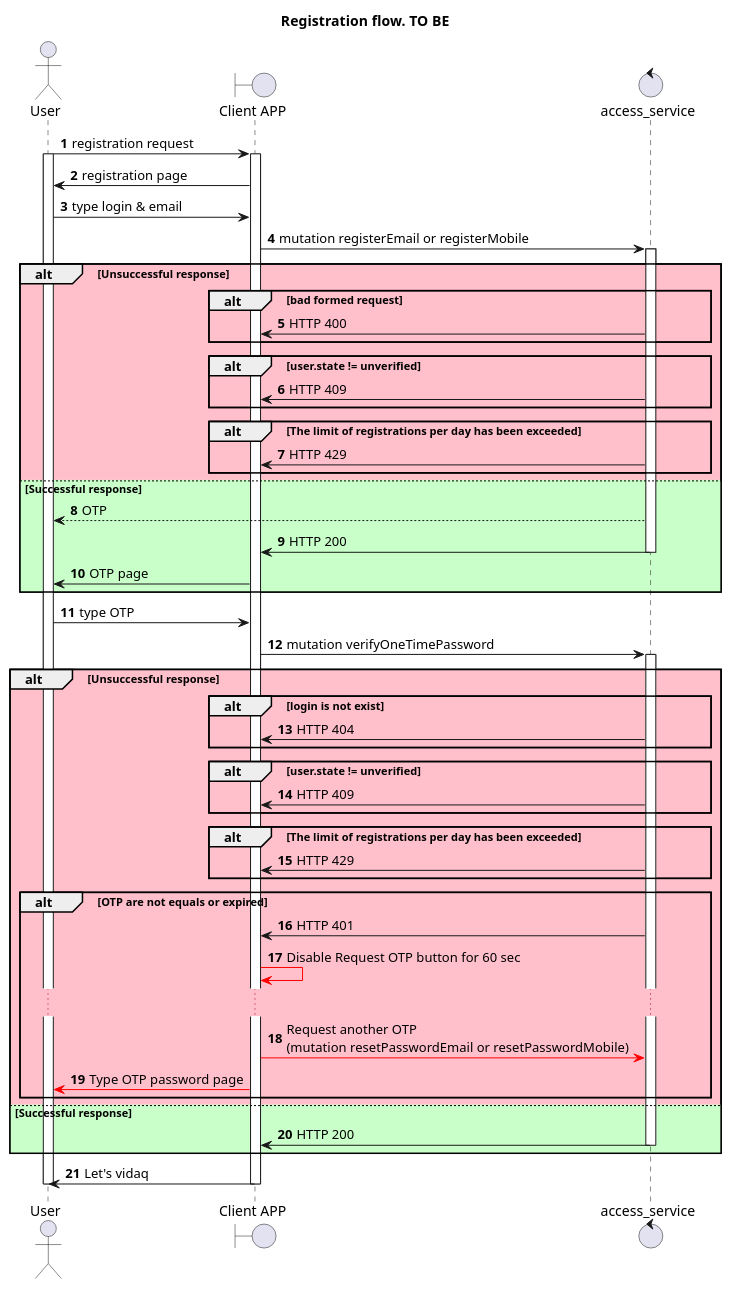
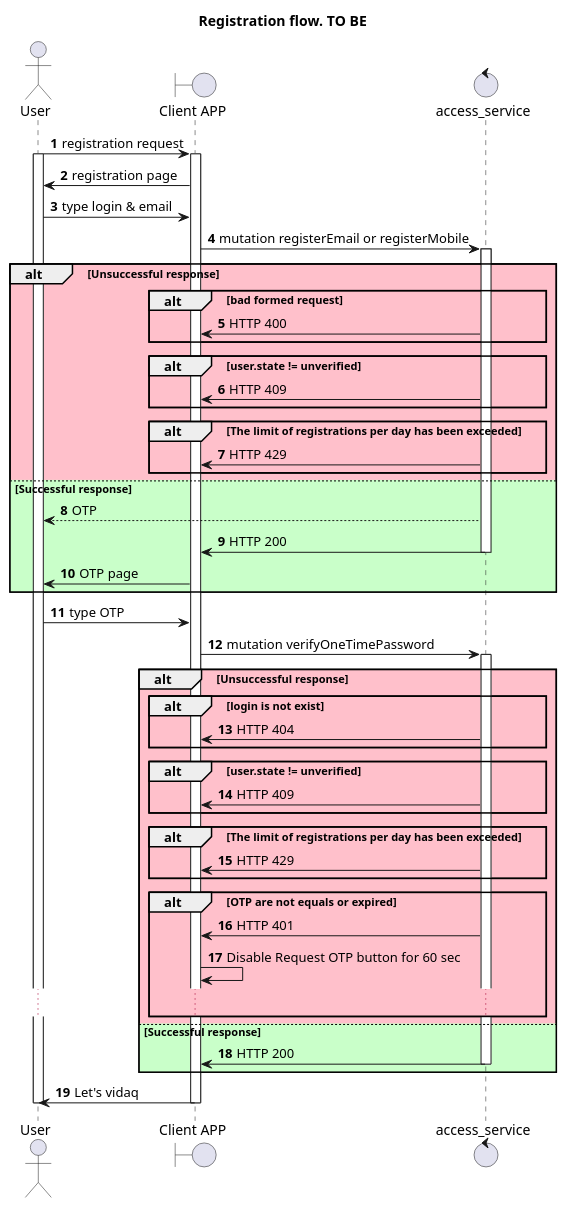
The diagram in schemas/registration_flow_to_be.puml (algruwork/work), drawn with PlantUML before and after one commit. The commit also changed 1 other file, not shown here.

Commit message:
unify verifyOneTimePassword flow

```diff
--- a/schemas/registration_flow_to_be.puml
+++ b/schemas/registration_flow_to_be.puml
@@ -1,77 +1,75 @@
 @startuml
 
 title "Registration flow. TO BE"
 
 actor User as U
 boundary "Client APP" as GUI
 control "access_service" as AC
 
 autonumber
 
 U -> GUI: registration request
 activate U
 activate GUI
 GUI -> U: registration page
 U -> GUI: type login & email
 GUI -> AC: mutation registerEmail or registerMobile
 activate AC
 
 
 alt #Pink Unsuccessful response
 
 alt #Pink bad formed request
 AC -> GUI: HTTP 400
 end
 
 alt #Pink user.state != unverified
 AC -> GUI: HTTP 409
 end
 
 alt #Pink The limit of registrations per day has been exceeded
 AC -> GUI: HTTP 429
 end
 
 else #Technology Successful response
 AC --> U: OTP
 AC -> GUI: HTTP 200
 deactivate AC
 
 GUI -> U: OTP page
 end
 
 U -> GUI: type OTP
 GUI -> AC: mutation verifyOneTimePassword
 activate AC
 
 alt #Pink Unsuccessful response
 alt #Pink login is not exist
 AC -> GUI: HTTP 404
 end
 
 alt #Pink user.state != unverified
 AC -> GUI: HTTP 409
 end
 
 alt #Pink The limit of registrations per day has been exceeded
 AC -> GUI: HTTP 429
 end
 
 alt #Pink OTP are not equals or expired
 AC -> GUI: HTTP 401
-GUI [#Red]-> GUI: Disable Request OTP button for 60 sec
+GUI -> GUI: Disable Request OTP button for 60 sec
 ...
-GUI [#Red]-> AC: Request another OTP\n(mutation resetPasswordEmail or resetPasswordMobile)
-GUI [#Red]-> U:  Type OTP password page
 end
+
 
 else #Technology Successful response
 AC -> GUI: HTTP 200
 deactivate AC
 end
 
 GUI -> U: Let's vidaq
 deactivate GUI
 deactivate U
 
-
 @enduml
```
